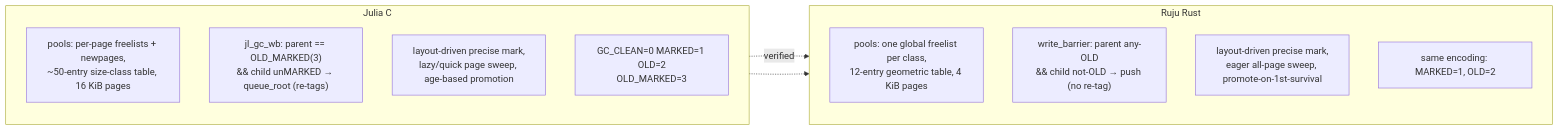
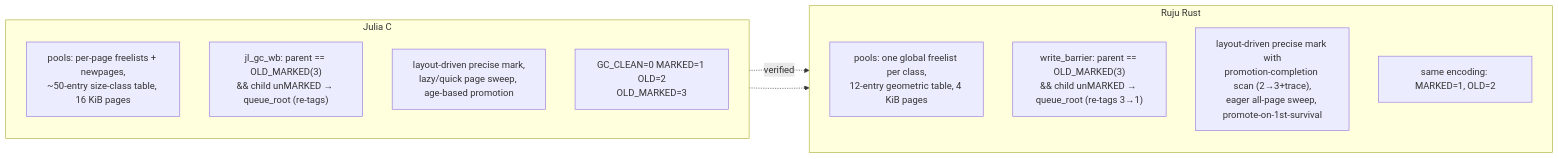
Before and after one commit to andy-emerson/Ruju: the eighth of 8 diagrams in design/implementation.md, drawn with Mermaid. The commit also changed other lines of this file and 3 other files, not shown here.

````diff
--- a/design/implementation.md
+++ b/design/implementation.md
@@ -454,19 +454,19 @@
 ```mermaid
 flowchart LR
     subgraph C["Julia C"]
         direction TB
         CGS["pools: per-page freelists + newpages,<br/>~50-entry size-class table, 16 KiB pages"]
         CWB["jl_gc_wb: parent == OLD_MARKED(3)<br/>&& child unMARKED → queue_root (re-tags)"]
         CMK["layout-driven precise mark,<br/>lazy/quick page sweep, age-based promotion"]
         CST["GC_CLEAN=0 MARKED=1 OLD=2<br/>OLD_MARKED=3"]
     end
     subgraph R["Ruju Rust"]
         direction TB
         RGS["pools: one global freelist per class,<br/>12-entry geometric table, 4 KiB pages"]
-        RWB["write_barrier: parent any-OLD<br/>&& child not-OLD → push (no re-tag)"]
-        RMK["layout-driven precise mark,<br/>eager all-page sweep, promote-on-1st-survival"]
+        RWB["write_barrier: parent == OLD_MARKED(3)<br/>&& child unMARKED → queue_root (re-tags 3→1)"]
+        RMK["layout-driven precise mark with<br/>promotion-completion scan (2→3+trace),<br/>eager all-page sweep, promote-on-1st-survival"]
         RST["same encoding: MARKED=1, OLD=2"]
     end
     CST -.->|verified| RST
     CMK -.-> RMK
 ```
````
